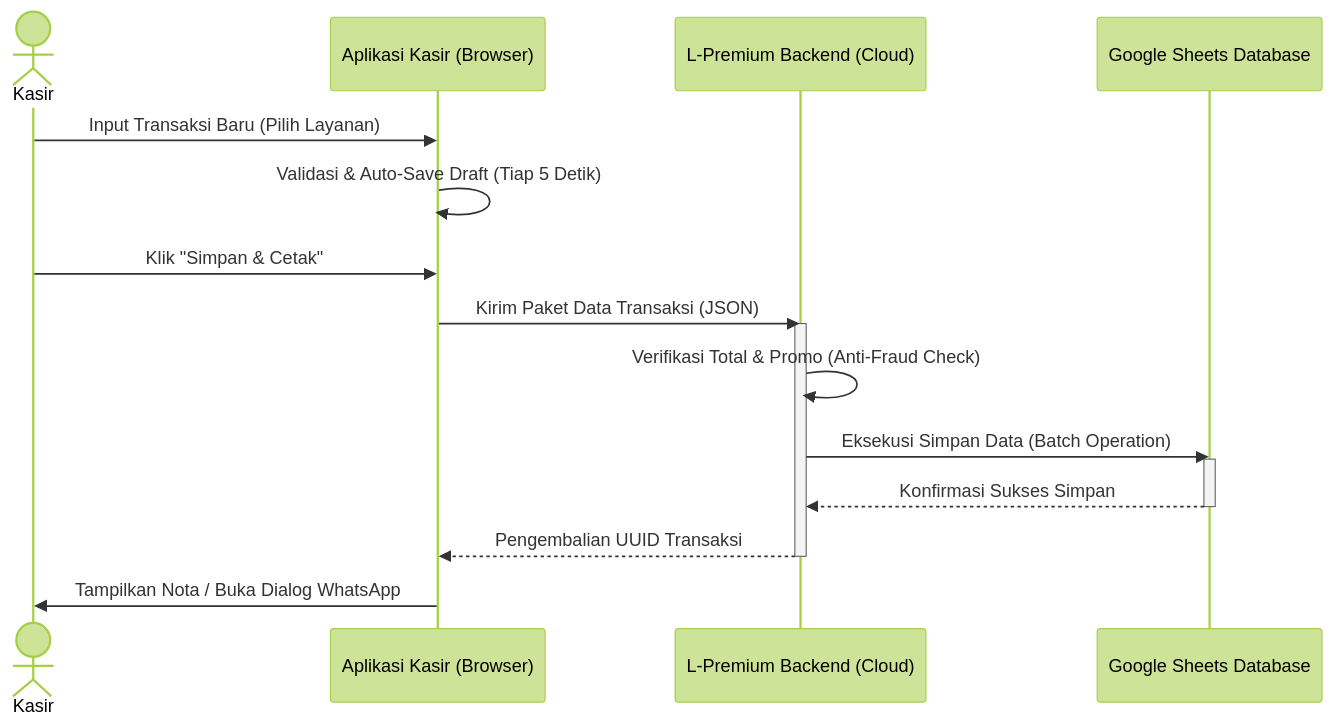
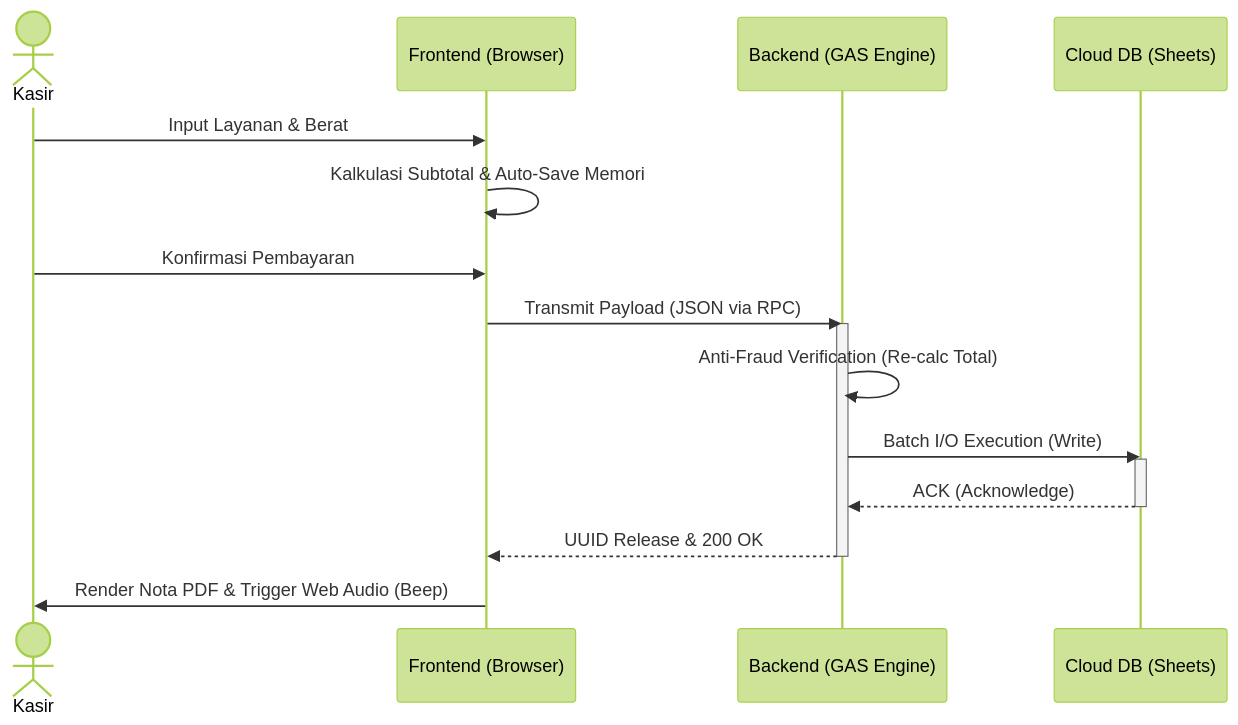
Before and after one commit to nndda-rzn/app-script-mpti: the second of 2 diagrams in PRESENTASI_KLIEN.md, drawn with Mermaid (forest theme). The commit also changed other lines of this file, not shown here.

Commit message:
Docs: Complete overhaul of client presentation to executive level standards

````diff
--- a/PRESENTASI_KLIEN.md
+++ b/PRESENTASI_KLIEN.md
@@ -131,21 +81,21 @@
 ```mermaid
 sequenceDiagram
     actor Kasir
-    participant Frontend as Aplikasi Kasir (Browser)
-    participant Server as L-Premium Backend (Cloud)
-    participant DB as Google Sheets Database
+    participant Client as Frontend (Browser)
+    participant Core as Backend (GAS Engine)
+    participant DB as Cloud DB (Sheets)
 
-    Kasir->>Frontend: Input Transaksi Baru (Pilih Layanan)
-    Frontend->>Frontend: Validasi & Auto-Save Draft (Tiap 5 Detik)
-    Kasir->>Frontend: Klik "Simpan & Cetak"
-    Frontend->>Server: Kirim Paket Data Transaksi (JSON)
-    activate Server
-    Server->>Server: Verifikasi Total & Promo (Anti-Fraud Check)
-    Server->>DB: Eksekusi Simpan Data (Batch Operation)
+    Kasir->>Client: Input Layanan & Berat
+    Client->>Client: Kalkulasi Subtotal & Auto-Save Memori
+    Kasir->>Client: Konfirmasi Pembayaran
+    Client->>Core: Transmit Payload (JSON via RPC)
+    activate Core
+    Core->>Core: Anti-Fraud Verification (Re-calc Total)
+    Core->>DB: Batch I/O Execution (Write)
     activate DB
-    DB-->>Server: Konfirmasi Sukses Simpan
+    DB-->>Core: ACK (Acknowledge)
     deactivate DB
-    Server-->>Frontend: Pengembalian UUID Transaksi
-    deactivate Server
-    Frontend->>Kasir: Tampilkan Nota / Buka Dialog WhatsApp
+    Core-->>Client: UUID Release & 200 OK
+    deactivate Core
+    Client->>Kasir: Render Nota PDF & Trigger Web Audio (Beep)
 ```
````
